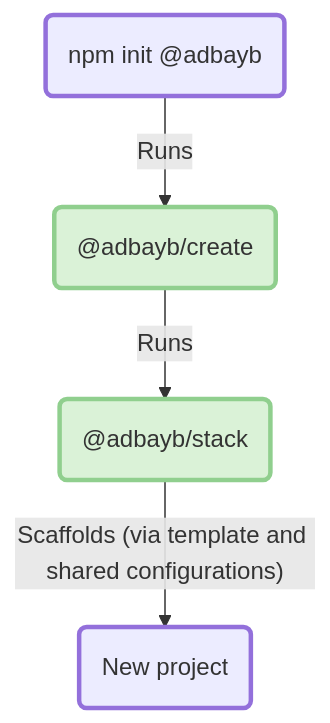
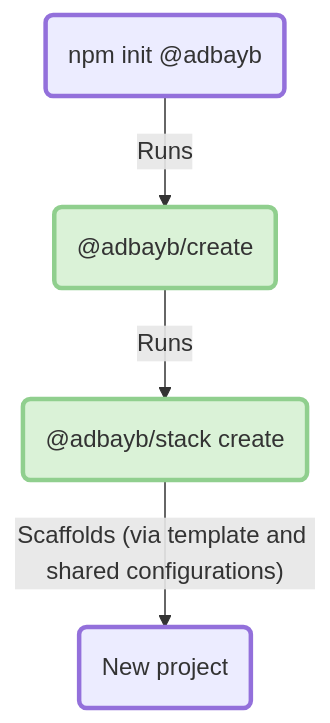
One commit to adbayb/stack changed the diagram in stack/README.md. Above: the diagram before and after it, drawn with Mermaid. The commit also changed other lines of this file and 22 other files, not shown here.

````diff
--- a/stack/README.md
+++ b/stack/README.md
@@ -64,9 +94,9 @@
 ```mermaid
 flowchart TD
     N("npm init @adbayb"):::strokeWidth -- Runs --> C("@adbayb/create"):::strokeWidth
-    C -- Runs --> S("@adbayb/stack"):::strokeWidth
+    C -- Runs --> S("@adbayb/stack create"):::strokeWidth
     S -- "Scaffolds (via template and shared configurations)" --> P("New project"):::strokeWidth
     style C fill:#daf2d7,stroke:#90cf8e
     style S fill:#daf2d7,stroke:#90cf8e
     classDef strokeWidth stroke-width:3px
 ```
````
